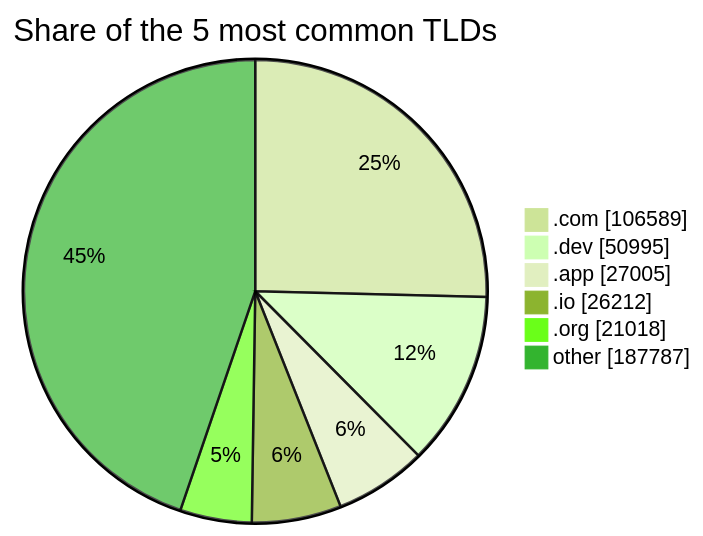
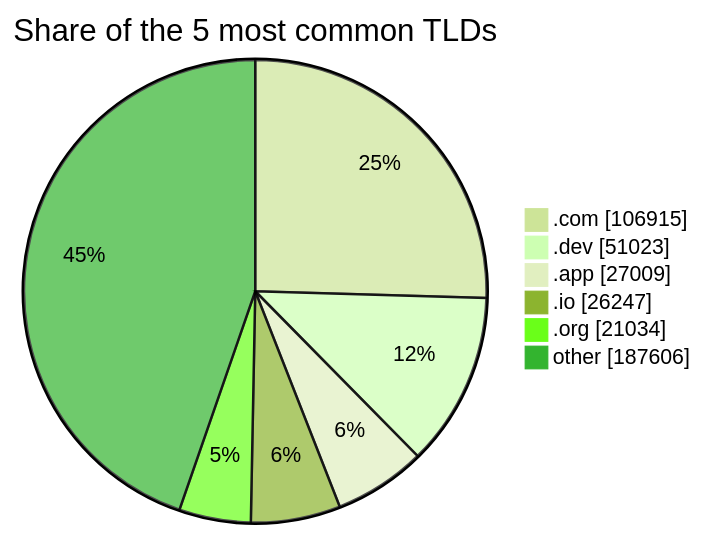
Before and after one commit to DNSBunker/CTI: the third of 3 diagrams in README.md, drawn with Mermaid (forest theme). The commit also changed other lines of this file and 3 other files, not shown here.

````diff
--- a/README.md
+++ b/README.md
@@ -81,9 +81,9 @@
 ```mermaid
 pie showData title Share of the 5 most common TLDs
-    ".com" : 106589
-    ".dev" : 50995
-    ".app" : 27005
-    ".io" : 26212
-    ".org" : 21018
-    "other" : 187787
+    ".com" : 106915
+    ".dev" : 51023
+    ".app" : 27009
+    ".io" : 26247
+    ".org" : 21034
+    "other" : 187606
 ```
````
